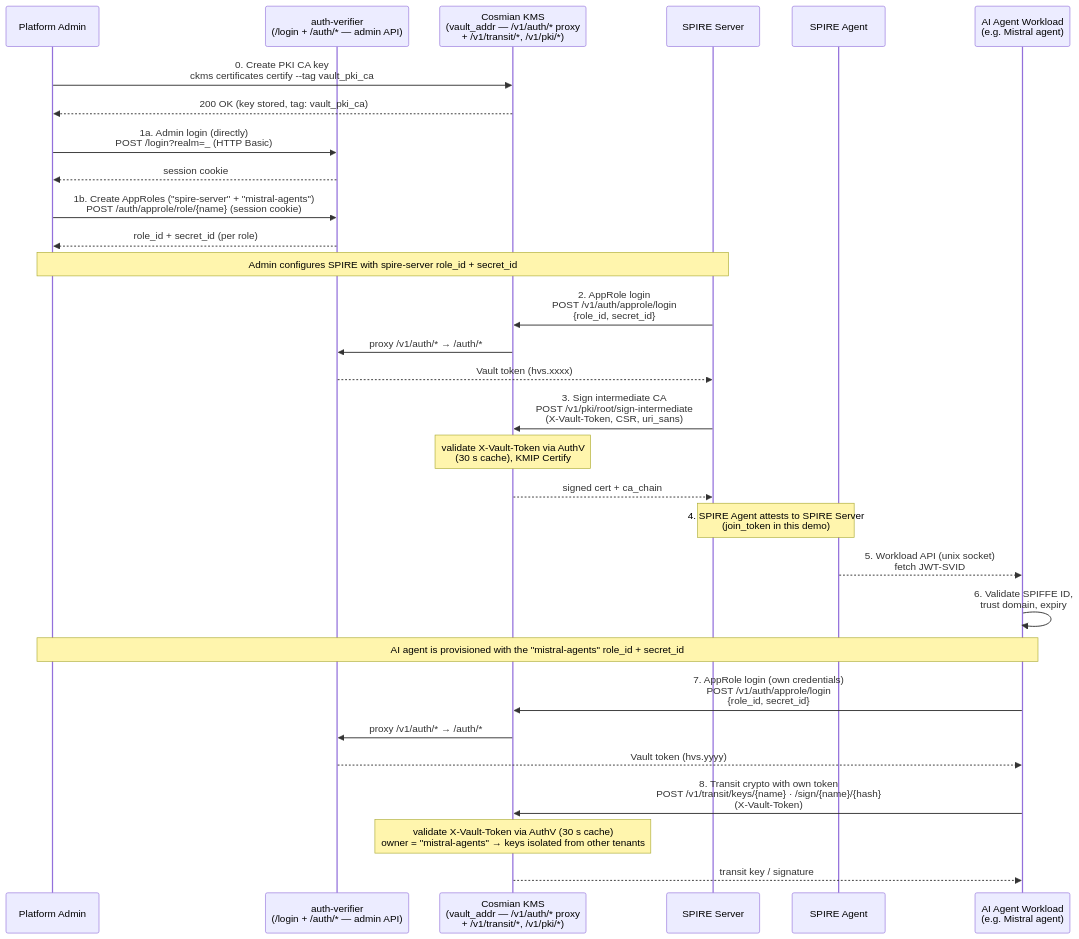
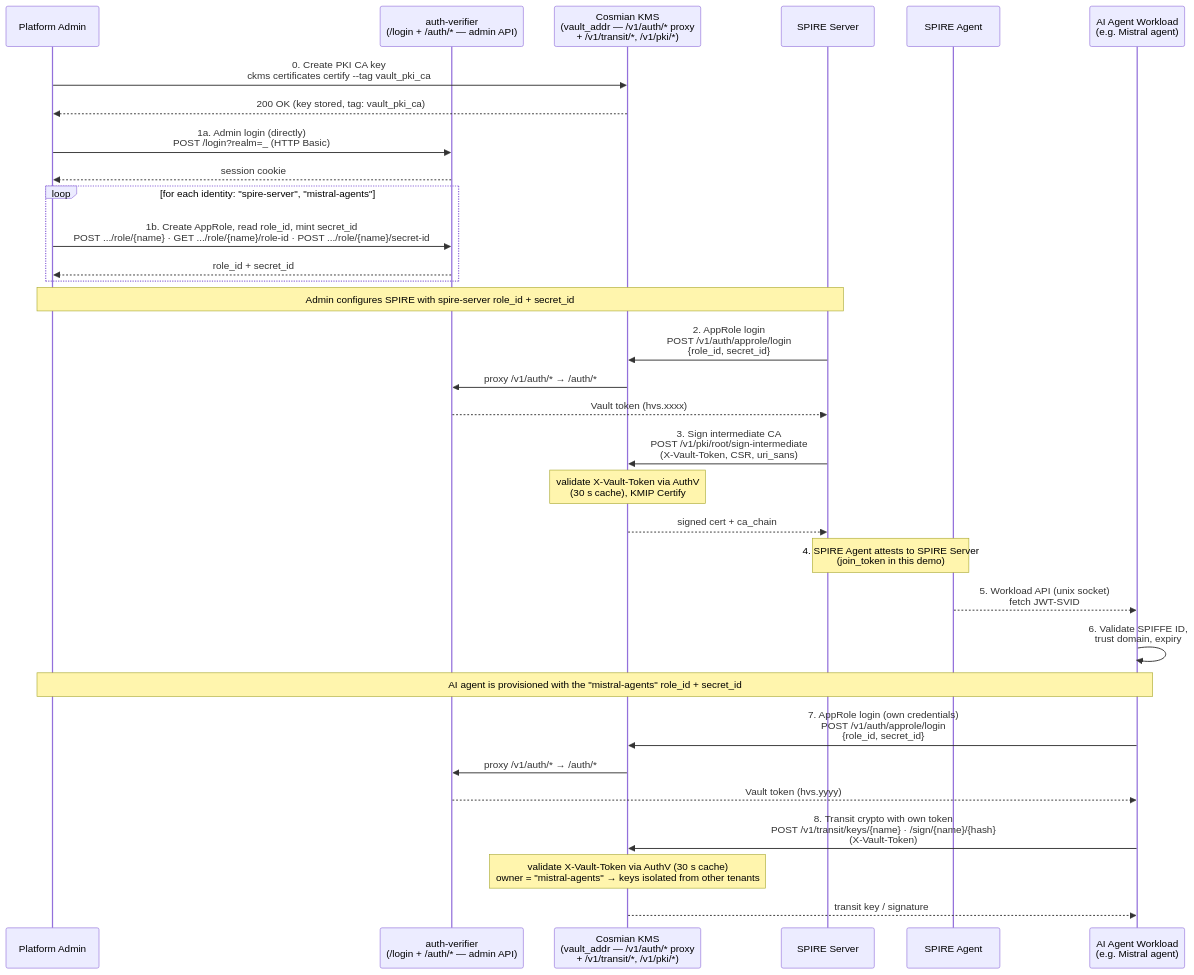
One commit to Cosmian/kms changed the first of 7 diagrams in documentation/docs/integrations/spire_spiffe.md. Above: the diagram before and after it, drawn with Mermaid. The commit also changed other lines of this file, not shown here.

First line of the commit message:
docs(spire): add setup section, SPIRE server config, install-page links

````diff
--- a/documentation/docs/integrations/spire_spiffe.md
+++ b/documentation/docs/integrations/spire_spiffe.md
@@ -14,33 +14,35 @@
 ```mermaid
 sequenceDiagram
     participant Admin as Platform Admin
     participant AuthV as auth-verifier<br/>(/login + /auth/* — admin API)
     participant KMS as Cosmian KMS<br/>(vault_addr — /v1/auth/* proxy<br/>+ /v1/transit/*, /v1/pki/*)
     participant Server as SPIRE Server
     participant Agent as SPIRE Agent
     participant Mistral as AI Agent Workload<br/>(e.g. Mistral agent)
 
     Admin->>KMS: 0. Create PKI CA key<br/>ckms certificates certify --tag vault_pki_ca
     KMS-->>Admin: 200 OK (key stored, tag: vault_pki_ca)
     Admin->>AuthV: 1a. Admin login (directly)<br/>POST /login?realm=_ (HTTP Basic)
     AuthV-->>Admin: session cookie
-    Admin->>AuthV: 1b. Create AppRoles ("spire-server" + "mistral-agents")<br/>POST /auth/approle/role/{name} (session cookie)
-    AuthV-->>Admin: role_id + secret_id (per role)
+    loop for each identity: "spire-server", "mistral-agents"
+        Admin->>AuthV: 1b. Create AppRole, read role_id, mint secret_id<br/>POST .../role/{name} · GET .../role/{name}/role-id · POST .../role/{name}/secret-id
+        AuthV-->>Admin: role_id + secret_id
+    end
     Note over Admin,Server: Admin configures SPIRE with spire-server role_id + secret_id
     Server->>KMS: 2. AppRole login<br/>POST /v1/auth/approle/login<br/>{role_id, secret_id}
     KMS->>AuthV: proxy /v1/auth/* → /auth/*
     AuthV-->>Server: Vault token (hvs.xxxx)
     Server->>KMS: 3. Sign intermediate CA<br/>POST /v1/pki/root/sign-intermediate<br/>(X-Vault-Token, CSR, uri_sans)
     Note over KMS: validate X-Vault-Token via AuthV<br/>(30 s cache), KMIP Certify
     KMS-->>Server: signed cert + ca_chain
     Note over Server,Agent: 4. SPIRE Agent attests to SPIRE Server<br/>(join_token in this demo)
     Agent-->>Mistral: 5. Workload API (unix socket)<br/>fetch JWT-SVID
     Mistral->>Mistral: 6. Validate SPIFFE ID,<br/>trust domain, expiry
     Note over Admin,Mistral: AI agent is provisioned with the "mistral-agents" role_id + secret_id
     Mistral->>KMS: 7. AppRole login (own credentials)<br/>POST /v1/auth/approle/login<br/>{role_id, secret_id}
     KMS->>AuthV: proxy /v1/auth/* → /auth/*
     AuthV-->>Mistral: Vault token (hvs.yyyy)
     Mistral->>KMS: 8. Transit crypto with own token<br/>POST /v1/transit/keys/{name} · /sign/{name}/{hash}<br/>(X-Vault-Token)
     Note over KMS: validate X-Vault-Token via AuthV (30 s cache)<br/>owner = "mistral-agents" → keys isolated from other tenants
     KMS-->>Mistral: transit key / signature
 ```
````
